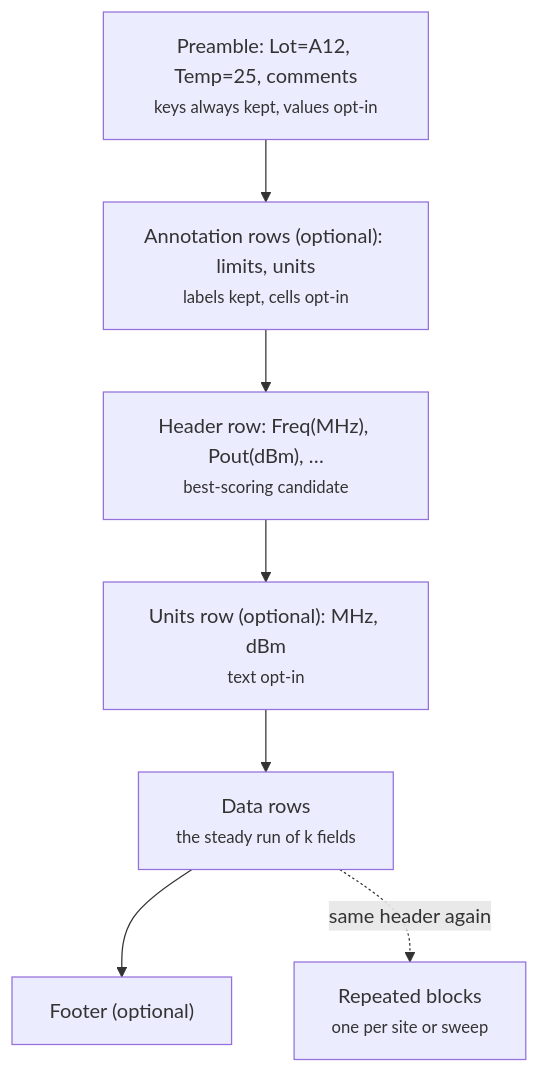
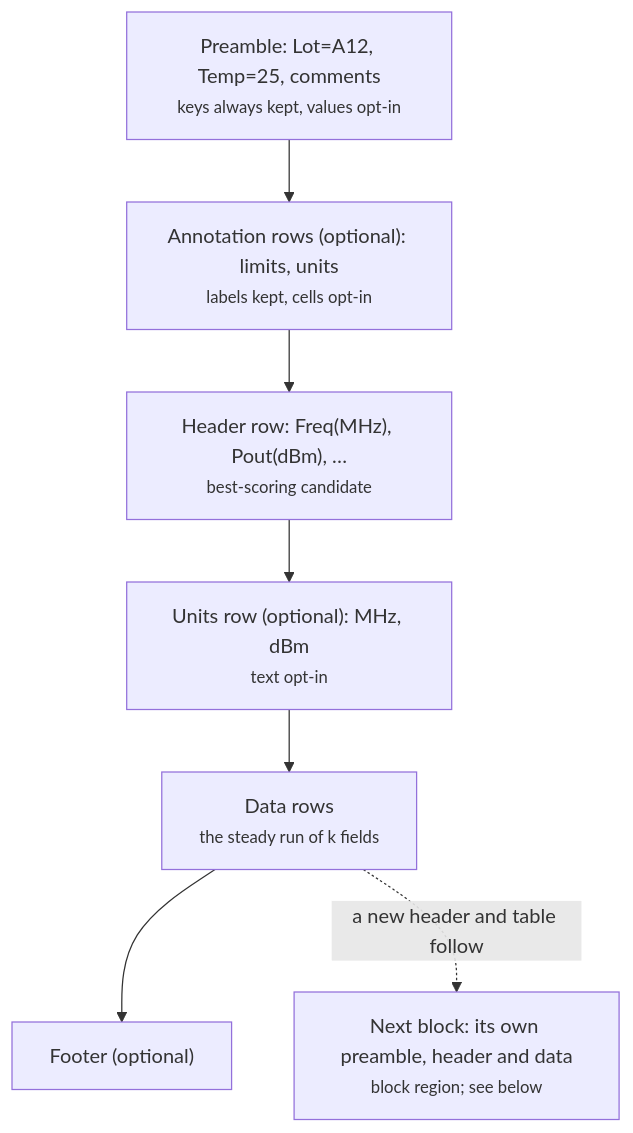
One commit to squalor-xyz/squalify changed the seventh of 26 diagrams in docs/how-it-works.md. Above: the diagram before and after it, drawn with Mermaid. The commit also changed other lines of this file and 27 other files, not shown here.

````diff
--- a/docs/how-it-works.md
+++ b/docs/how-it-works.md
@@ -101,9 +101,9 @@
 ```mermaid
 flowchart TD
     R1["Preamble: Lot=A12, Temp=25, comments<br/><small>keys always kept, values opt-in</small>"] --> RA["Annotation rows (optional): limits, units<br/><small>labels kept, cells opt-in</small>"]
     RA --> R2["Header row: Freq(MHz), Pout(dBm), …<br/><small>best-scoring candidate</small>"]
     R2 --> R3["Units row (optional): MHz, dBm<br/><small>text opt-in</small>"]
     R3 --> R4["Data rows<br/><small>the steady run of k fields</small>"]
     R4 --> R5["Footer (optional)"]
-    R4 -. "same header again" .-> R6["Repeated blocks<br/><small>one per site or sweep</small>"]
+    R4 -. "a new header and table follow" .-> R6["Next block: its own preamble, header and data<br/><small>block region; see below</small>"]
 ```
````
